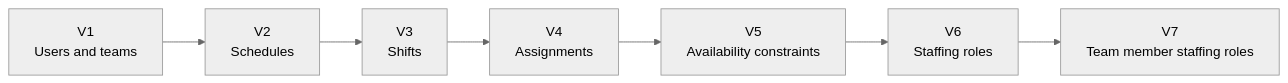
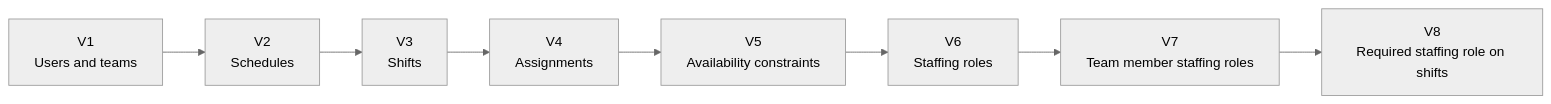
The ninth of 9 diagrams in docs/current-backend-architecture.md (HiliMor/shift-management-system), drawn with Mermaid (neutral theme) before and after one commit. The commit also changed other lines of this file and 11 other files, not shown here.

Commit message:
Add optional required staffing role to shifts

````diff
--- a/docs/current-backend-architecture.md
+++ b/docs/current-backend-architecture.md
@@ -290,12 +292,13 @@
 ```mermaid
 flowchart LR
     v1["V1<br/>Users and teams"]
     v2["V2<br/>Schedules"]
     v3["V3<br/>Shifts"]
     v4["V4<br/>Assignments"]
     v5["V5<br/>Availability constraints"]
     v6["V6<br/>Staffing roles"]
     v7["V7<br/>Team member staffing roles"]
+    v8["V8<br/>Required staffing role on shifts"]
 
-    v1 --> v2 --> v3 --> v4 --> v5 --> v6 --> v7
+    v1 --> v2 --> v3 --> v4 --> v5 --> v6 --> v7 --> v8
 ```
````
